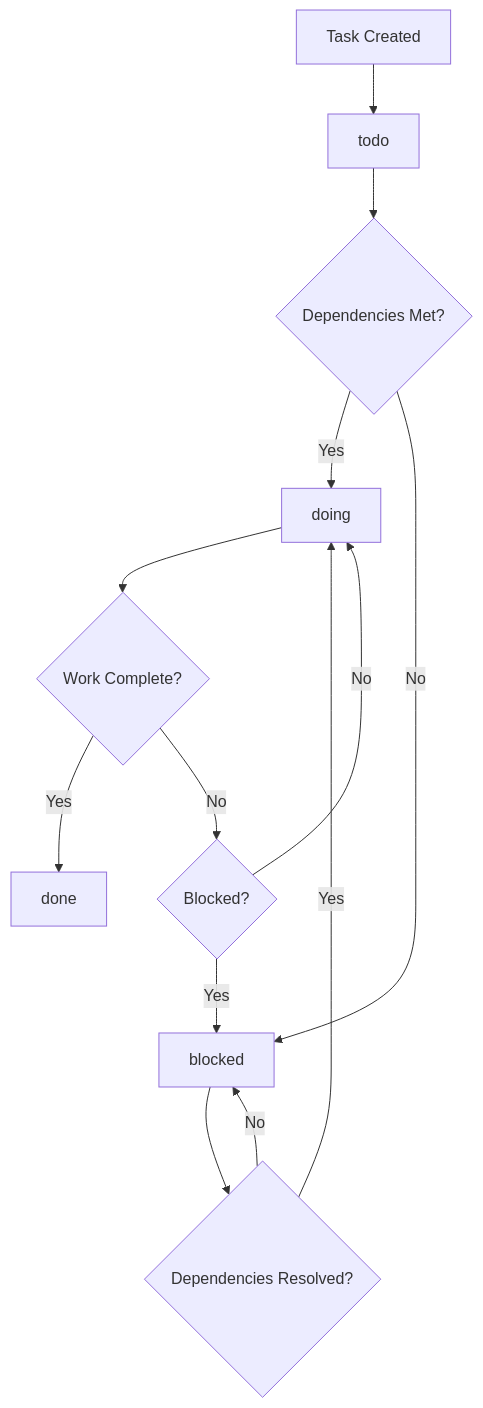
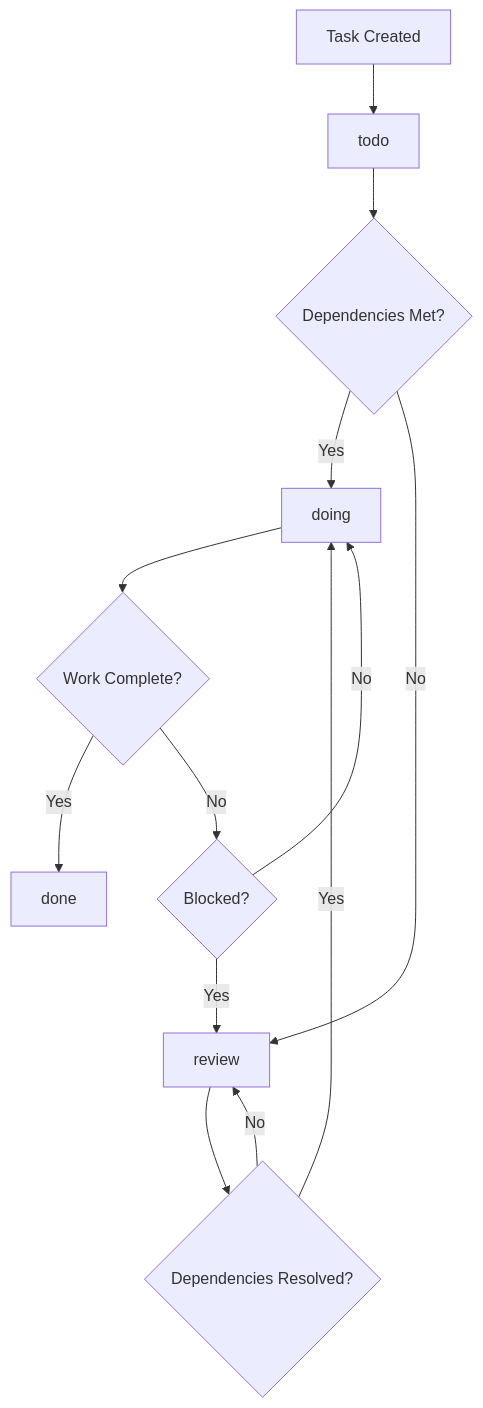
The third of 3 diagrams in docs/docs/tasks.mdx (tarsonis125/mcp-crawl4ai-rag-ChromaDB-V1), drawn with Mermaid before and after one commit. The commit also changed other lines of this file and 18 other files, not shown here.

````diff
--- a/docs/docs/tasks.mdx
+++ b/docs/docs/tasks.mdx
@@ -862,15 +893,15 @@
 ```mermaid
 flowchart TD
-    A[Task Created] --> B[todo]
-    B --> C{Dependencies Met?}
-    C -->|Yes| D[doing]
-    C -->|No| E[blocked]
-    E --> F{Dependencies Resolved?}
+    A["Task Created"] --> B["todo"]
+    B --> C{"Dependencies Met?"}
+    C -->|Yes| D["doing"]
+    C -->|No| E["review"]
+    E --> F{"Dependencies Resolved?"}
     F -->|Yes| D
     F -->|No| E
-    D --> G{Work Complete?}
-    G -->|Yes| H[done]
-    G -->|No| I{Blocked?}
+    D --> G{"Work Complete?"}
+    G -->|Yes| H["done"]
+    G -->|No| I{"Blocked?"}
     I -->|Yes| E
     I -->|No| D
 ```
````
